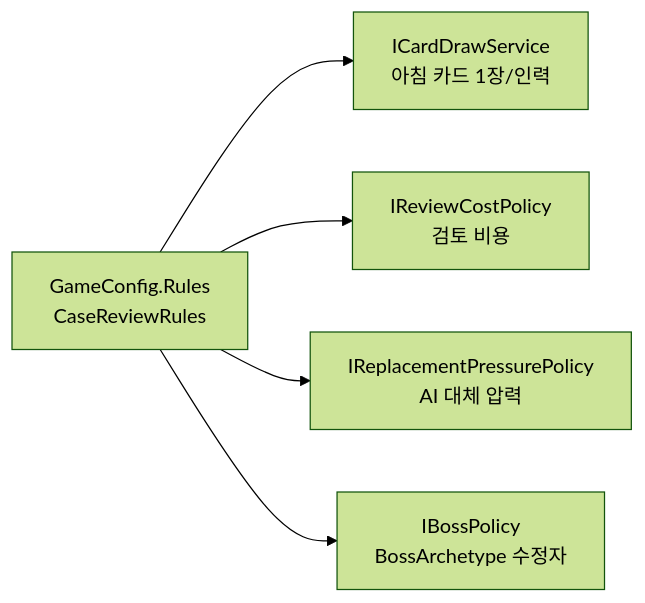
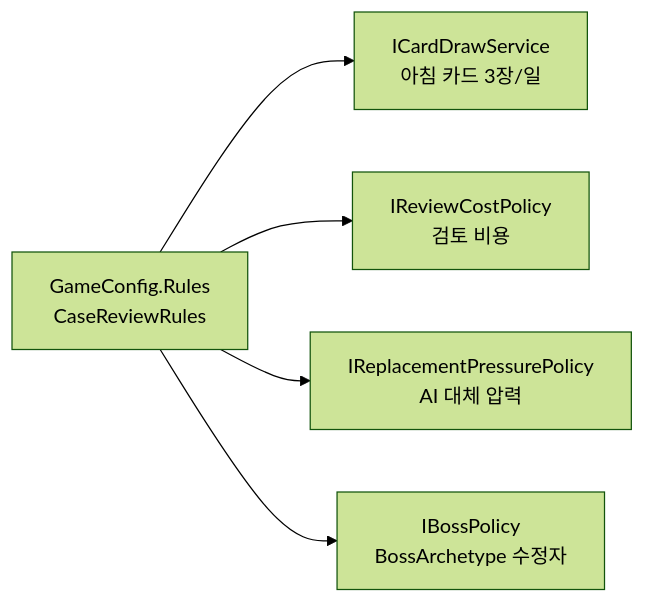
Diagram 12 of 18 in Assets/Specification/Architecture – ProjectW System Overview.md (BaekNothing/ProjectW), drawn with Mermaid (forest theme) before and after one commit. The commit also changed other lines of this file and 3 other files, not shown here.

````diff
--- a/Assets/Specification/Architecture – ProjectW System Overview.md
+++ b/Assets/Specification/Architecture – ProjectW System Overview.md
@@ -491,8 +492,8 @@
 ```mermaid
 flowchart LR
   CFG["GameConfig.Rules\nCaseReviewRules"]
-  CFG --> CDS["ICardDrawService\n아침 카드 1장/인력"]
+  CFG --> CDS["ICardDrawService\n아침 카드 3장/일"]
   CFG --> RCP["IReviewCostPolicy\n검토 비용"]
   CFG --> RPP["IReplacementPressurePolicy\nAI 대체 압력"]
   CFG --> BP["IBossPolicy\nBossArchetype 수정자"]
 ```
````
